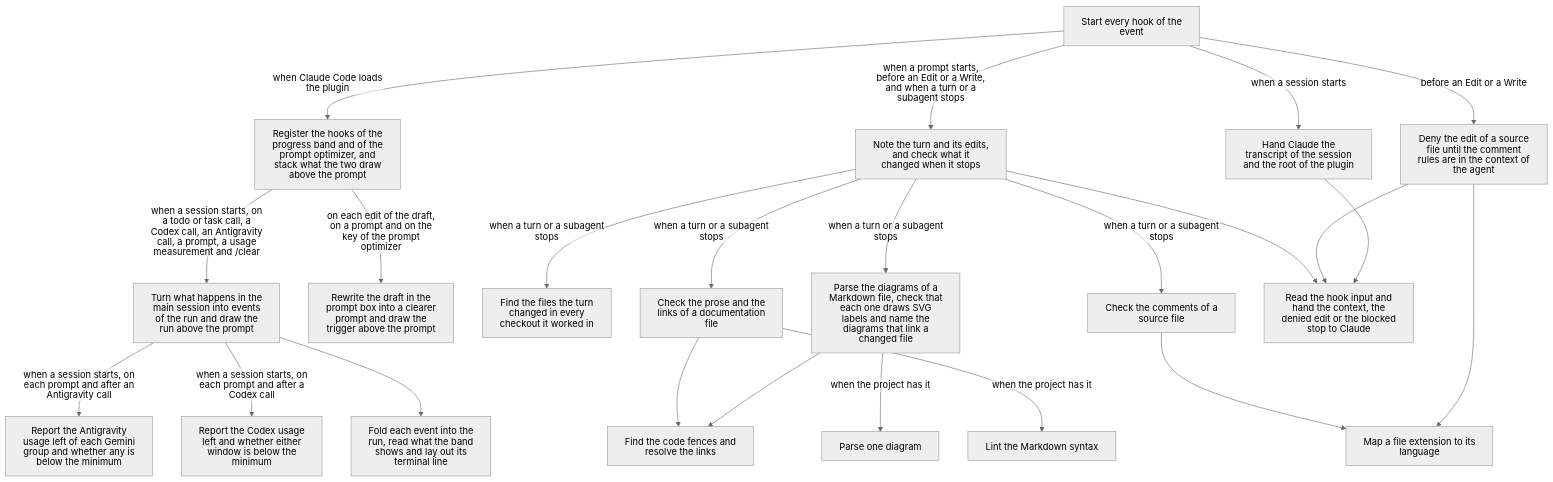
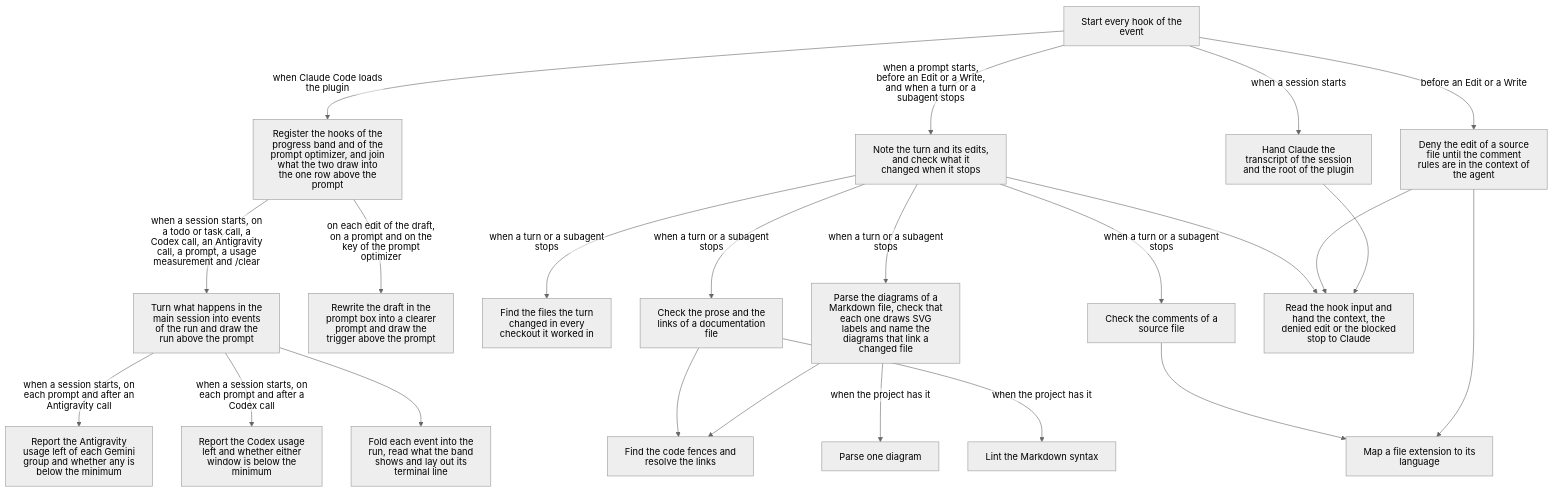
The diagram in plugins/forge/hooks/README.md (renefatuaki/skills), drawn with Mermaid (neutral theme) before and after one commit. The commit also changed other lines of this file and 9 other files, not shown here.

First line of the commit message:
fix(prompt-optimizer): draw the trigger as one glyph in the row of the progress band

````diff
--- a/plugins/forge/hooks/README.md
+++ b/plugins/forge/hooks/README.md
@@ -5,28 +5,28 @@
 ```mermaid
 %%{init: {"htmlLabels": false}}%%
 flowchart TD
   accTitle: What happens when a session starts, while a turn runs, while Claude works through a todo list, and when the key of the prompt optimizer is pressed?
   hooksJson["Start every hook of the event"]
   hooksJson -->|"when a session starts"| sessionContext["Hand Claude the transcript of the session and the root of the plugin"]
   hooksJson -->|"before an Edit or a Write"| loadCommentRules["Deny the edit of a source file until the comment rules are in the context of the agent"]
   hooksJson -->|"when a prompt starts, before an Edit or a Write, and when a turn or a subagent stops"| checkTurn["Note the turn and its edits, and check what it changed when it stops"]
-  hooksJson -->|"when Claude Code loads the plugin"| module["Register the hooks of the progress band and of the prompt optimizer, and stack what the two draw above the prompt"]
+  hooksJson -->|"when Claude Code loads the plugin"| module["Register the hooks of the progress band and of the prompt optimizer, and join what the two draw into the one row above the prompt"]
   module -->|"when a session starts, on a todo or task call, a Codex call, an Antigravity call, a prompt, a usage measurement and /clear"| progress["Turn what happens in the main session into events of the run and draw the run above the prompt"]
   module -->|"on each edit of the draft, on a prompt and on the key of the prompt optimizer"| promptOptimizer["Rewrite the draft in the prompt box into a clearer prompt and draw the trigger above the prompt"]
   checkTurn -->|"when a turn or a subagent stops"| changes["Find the files the turn changed in every checkout it worked in"]
   checkTurn -->|"when a turn or a subagent stops"| comments["Check the comments of a source file"]
   checkTurn -->|"when a turn or a subagent stops"| docs["Check the prose and the links of a documentation file"]
   checkTurn -->|"when a turn or a subagent stops"| diagrams["Parse the diagrams of a Markdown file, check that each one draws SVG labels and name the diagrams that link a changed file"]
   docs -->|"when the project has it"| markdownlint["Lint the Markdown syntax"]
   diagrams -->|"when the project has it"| mermaid["Parse one diagram"]
   docs --> markdown["Find the code fences and resolve the links"]
   diagrams --> markdown
   comments --> languages["Map a file extension to its language"]
   loadCommentRules --> languages
   checkTurn --> hook["Read the hook input and hand the context, the denied edit or the blocked stop to Claude"]
   loadCommentRules --> hook
   sessionContext --> hook
   progress --> run["Fold each event into the run, read what the band shows and lay out its terminal line"]
   progress -->|"when a session starts, on each prompt and after a Codex call"| codexModel["Report the Codex usage left and whether either window is below the minimum"]
   progress -->|"when a session starts, on each prompt and after an Antigravity call"| antigravity["Report the Antigravity usage left of each Gemini group and whether any is below the minimum"]
 ```
````
